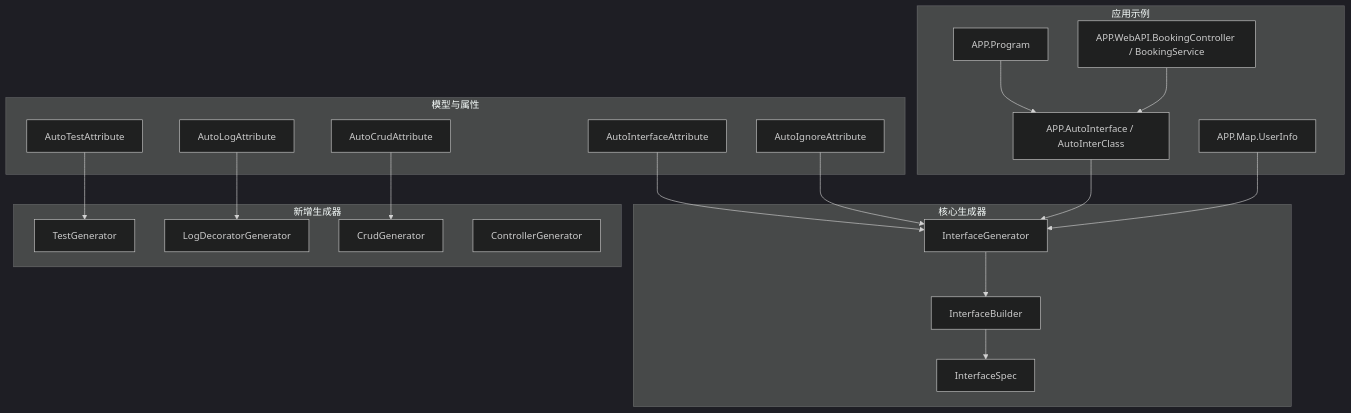
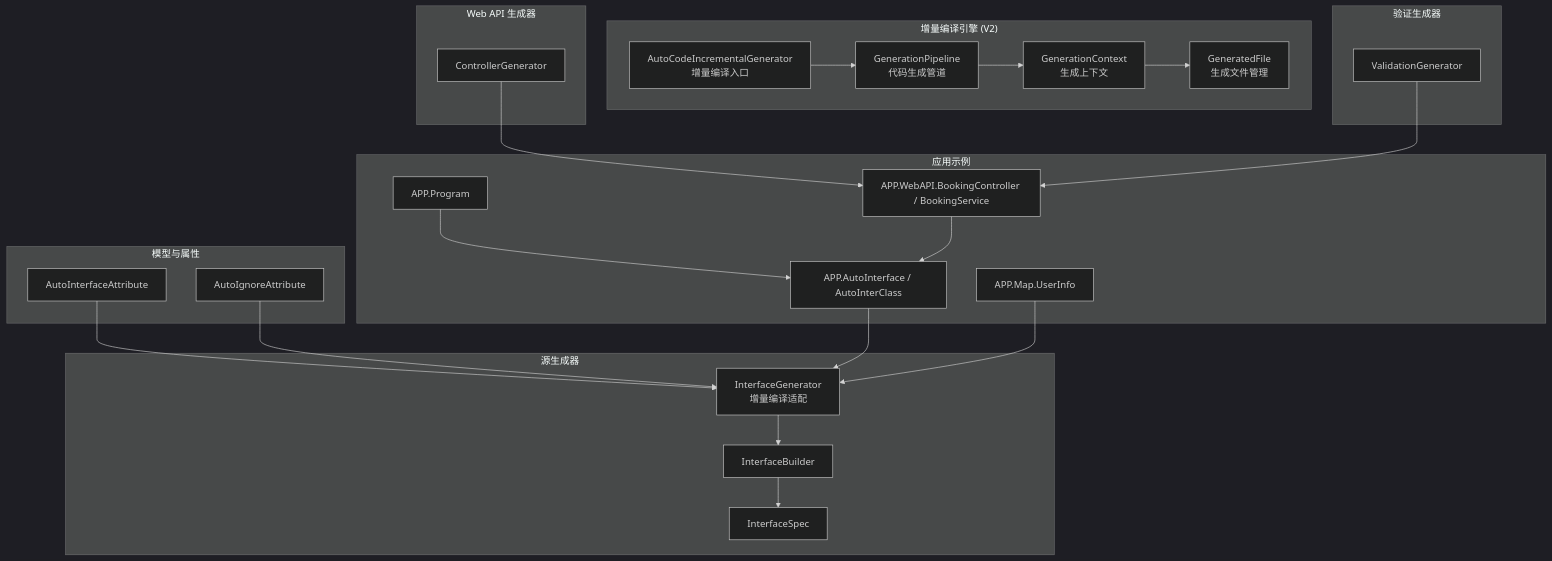
One commit to alivy/AutoCode changed the first of 7 diagrams in .qoder/repowiki/zh/content/源代码生成器/源代码生成器.md. Above: the diagram before and after it, drawn with Mermaid (dark theme). The commit also changed other lines of this file and 150 other files, not shown here.

````diff
--- a/.qoder/repowiki/zh/content/源代码生成器/源代码生成器.md
+++ b/.qoder/repowiki/zh/content/源代码生成器/源代码生成器.md
@@ -73,38 +71,43 @@
 ```mermaid
 graph TB
+subgraph "增量编译引擎 (V2)"
+E1["AutoCodeIncrementalGenerator<br/>增量编译入口"]
+E2["GenerationPipeline<br/>代码生成管道"]
+E3["GenerationContext<br/>生成上下文"]
+E4["GeneratedFile<br/>生成文件管理"]
+end
 subgraph "模型与属性"
 M1["AutoInterfaceAttribute"]
 M2["AutoIgnoreAttribute"]
-M3["AutoTestAttribute"]
-M4["AutoLogAttribute"]
-M5["AutoCrudAttribute"]
 end
-subgraph "核心生成器"
-G1["InterfaceGenerator"]
+subgraph "源生成器"
+G1["InterfaceGenerator<br/>增量编译适配"]
 B1["InterfaceBuilder"]
 S1["InterfaceSpec"]
 end
-subgraph "新增生成器"
-G2["TestGenerator"]
-G3["LogDecoratorGenerator"]
-G4["CrudGenerator"]
-G5["ControllerGenerator"]
+subgraph "Web API 生成器"
+C1["ControllerGenerator"]
+end
+subgraph "验证生成器"
+V1["ValidationGenerator"]
 end
 subgraph "应用示例"
 A1["APP.Program"]
 A2["APP.AutoInterface / AutoInterClass"]
 A3["APP.Map.UserInfo"]
 A4["APP.WebAPI.BookingController / BookingService"]
 end
+E1 --> E2
+E2 --> E3
+E3 --> E4
 M1 --> G1
 M2 --> G1
-M3 --> G2
-M4 --> G3
-M5 --> G4
 G1 --> B1
 B1 --> S1
+C1 --> A4
+V1 --> A4
 A1 --> A2
 A2 --> G1
 A3 --> G1
 A4 --> A2
 ```
````
